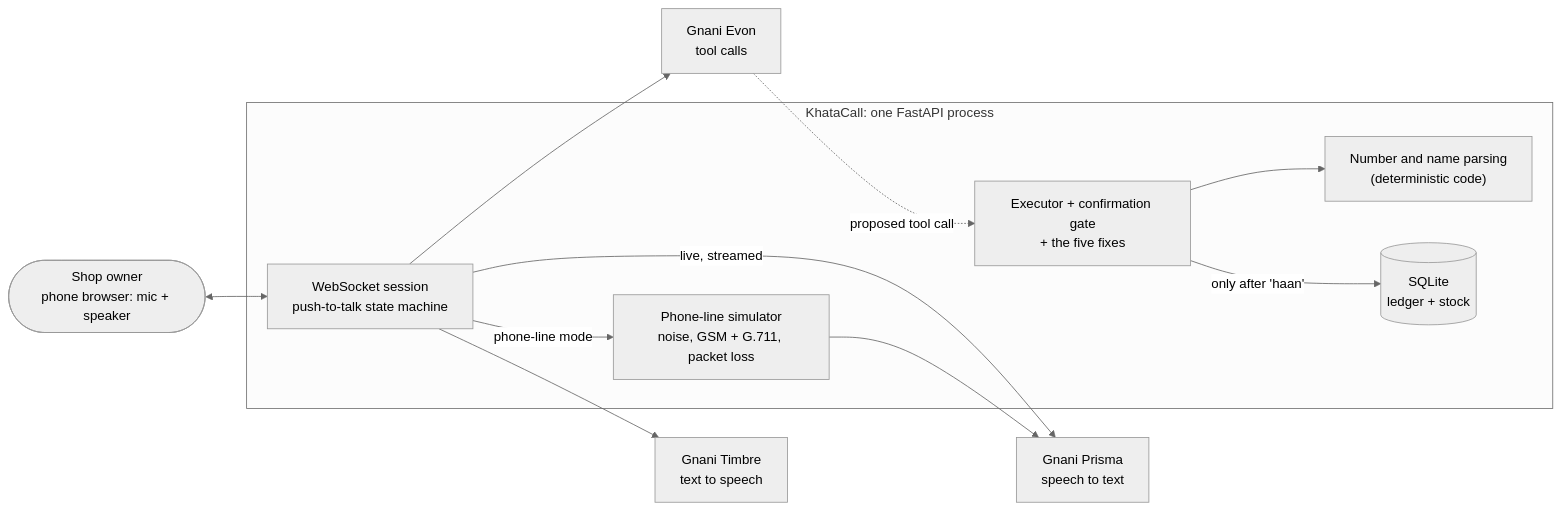
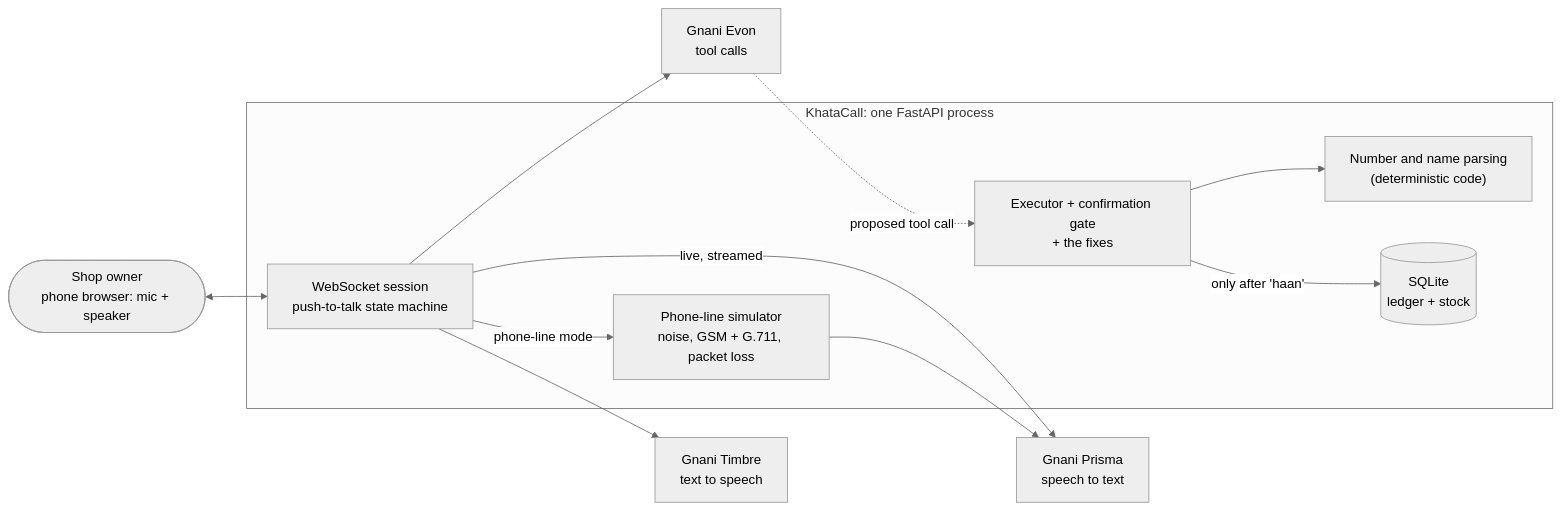
One commit to diptanu2004/KhataCall changed the diagram in README.md. Above: the diagram before and after it, drawn with Mermaid (neutral theme). The commit also changed other lines of this file and 16 other files, not shown here.

````diff
--- a/README.md
+++ b/README.md
@@ -122,25 +123,25 @@
 ```mermaid
 flowchart LR
     owner(["Shop owner<br/>phone browser: mic + speaker"])
 
     subgraph server["KhataCall: one FastAPI process"]
         ws["WebSocket session<br/>push-to-talk state machine"]
         chan["Phone-line simulator<br/>noise, GSM + G.711, packet loss"]
-        exec["Executor + confirmation gate<br/>+ the five fixes"]
+        exec["Executor + confirmation gate<br/>+ the fixes"]
         nlu["Number and name parsing<br/>(deterministic code)"]
         db[("SQLite<br/>ledger + stock")]
     end
 
     prisma["Gnani Prisma<br/>speech to text"]
     evon["Gnani Evon<br/>tool calls"]
     timbre["Gnani Timbre<br/>text to speech"]
 
     owner <--> ws
     ws -- "live, streamed" --> prisma
     ws -- "phone-line mode" --> chan --> prisma
     ws --> evon
     evon -. "proposed tool call" .-> exec
     exec --> nlu
     exec -- "only after 'haan'" --> db
     ws --> timbre
 ```
````
